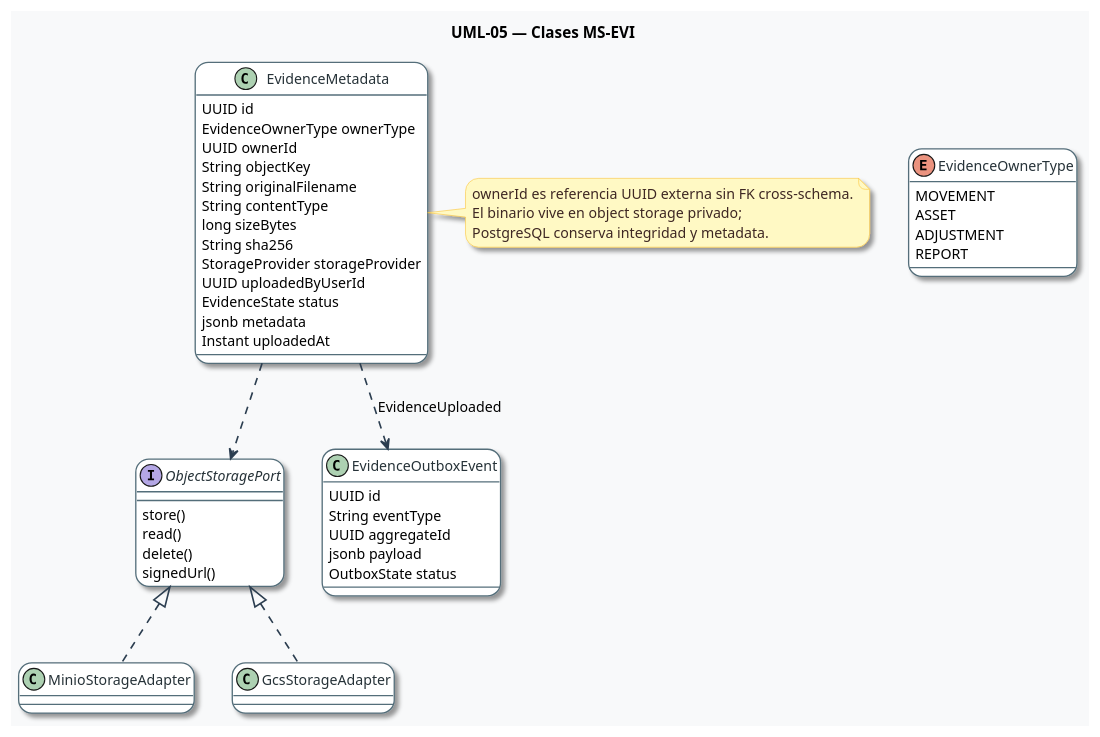
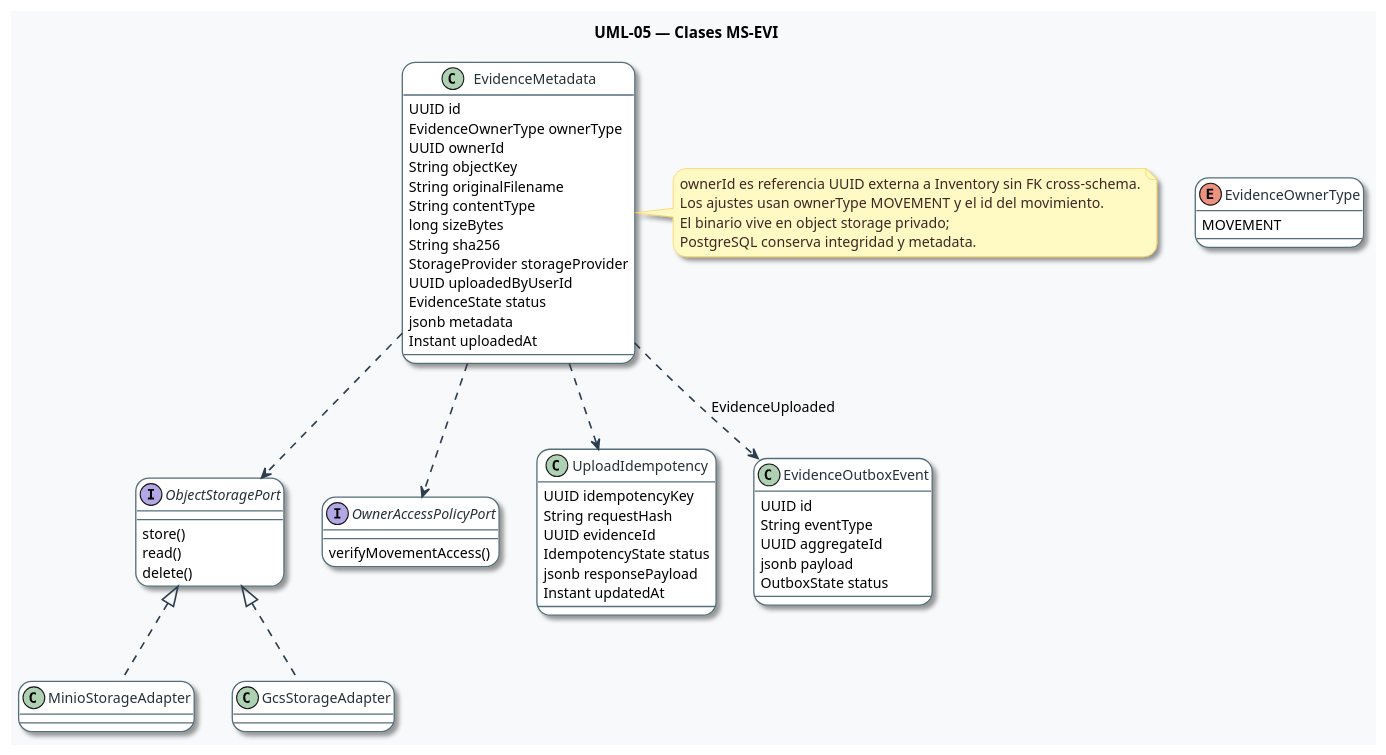
One commit to Emma3TC-main/siga-documentation changed the diagram in SIGA_Documentacion_Tecnica_Final_v1.2/diagramas/uml/UML_05_Clases_Evidence.puml. Above: the diagram before and after it, drawn with PlantUML. The commit also changed 40 other files, not shown here.

```diff
--- a/SIGA_Documentacion_Tecnica_Final_v1.2/diagramas/uml/UML_05_Clases_Evidence.puml
+++ b/SIGA_Documentacion_Tecnica_Final_v1.2/diagramas/uml/UML_05_Clases_Evidence.puml
@@ -1,79 +1,91 @@
 @startuml
 title UML-05 — Clases MS-EVI
 
 ' --- Configuración visual ---
 skinparam shadowing true
 skinparam roundcorner 24
 skinparam defaultFontName "Segoe UI", Helvetica, Arial, sans-serif
 skinparam defaultFontSize 13
 
 skinparam ArrowColor #2C3E50
 skinparam ArrowThickness 1.5
 
 skinparam BackgroundColor #F8F9FA
 
 skinparam NoteBackgroundColor #FFF9C4
 skinparam NoteBorderColor #FBC02D
 skinparam NoteFontColor #3E2723
 
 ' --- Estilos base para clases ---
 skinparam class {
   BackgroundColor #FFFFFF
   BorderColor #546E7A
   BorderThickness 1.2
   FontColor #263238
   FontSize 13
 }
 
 enum EvidenceOwnerType {
  MOVEMENT
- ASSET
- ADJUSTMENT
- REPORT
 }
 
 class EvidenceMetadata {
  UUID id
  EvidenceOwnerType ownerType
  UUID ownerId
  String objectKey
  String originalFilename
  String contentType
  long sizeBytes
  String sha256
  StorageProvider storageProvider
  UUID uploadedByUserId
  EvidenceState status
  jsonb metadata
  Instant uploadedAt
 }
 
 interface ObjectStoragePort {
  store()
  read()
  delete()
- signedUrl()
+}
+
+interface OwnerAccessPolicyPort {
+ verifyMovementAccess()
+}
+
+class UploadIdempotency {
+ UUID idempotencyKey
+ String requestHash
+ UUID evidenceId
+ IdempotencyState status
+ jsonb responsePayload
+ Instant updatedAt
 }
 
 class MinioStorageAdapter
 class GcsStorageAdapter
 
 class EvidenceOutboxEvent {
  UUID id
  String eventType
  UUID aggregateId
  jsonb payload
  OutboxState status
 }
 
 ObjectStoragePort <|.. MinioStorageAdapter
 ObjectStoragePort <|.. GcsStorageAdapter
 EvidenceMetadata ..> ObjectStoragePort
+EvidenceMetadata ..> OwnerAccessPolicyPort
+EvidenceMetadata ..> UploadIdempotency
 EvidenceMetadata ..> EvidenceOutboxEvent : EvidenceUploaded
 
 note right of EvidenceMetadata
-ownerId es referencia UUID externa sin FK cross-schema.
+ownerId es referencia UUID externa a Inventory sin FK cross-schema.
+Los ajustes usan ownerType MOVEMENT y el id del movimiento.
 El binario vive en object storage privado; 
 PostgreSQL conserva integridad y metadata.
 end note
 @enduml
```
